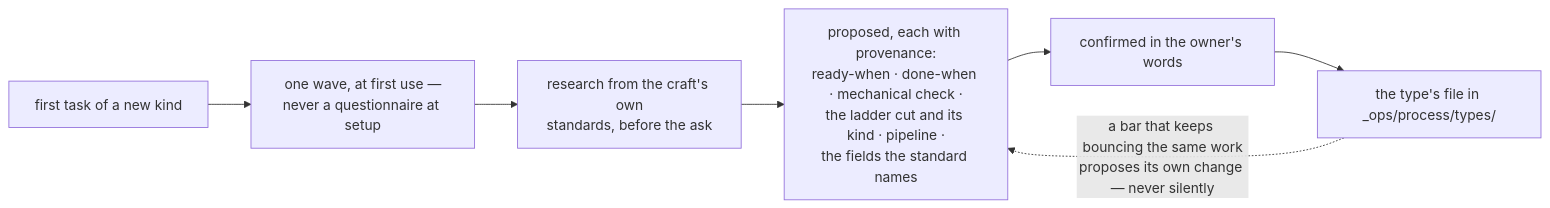
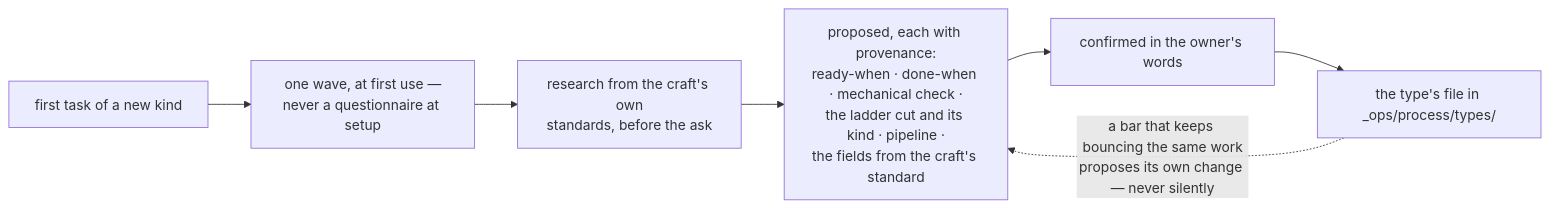
One commit to jamillazarev/opsinist changed the diagram in pipelines.md. Above: the diagram before and after it, drawn with Mermaid. The commit also changed other lines of this file and 6 other files, not shown here.

Commit message:
the lenses' cut: fields cite their one home, the ownership table stops lying by omission, the wave keeps one meaning in the quotable lines

````diff
--- a/pipelines.md
+++ b/pipelines.md
@@ -112,8 +112,8 @@
 ```mermaid
 flowchart LR
   T[first task of a new kind] --> W[one wave, at first use —<br/>never a questionnaire at setup]
   W --> RS[research from the craft's own<br/>standards, before the ask]
-  RS --> P[proposed, each with provenance:<br/>ready-when · done-when · mechanical check ·<br/>the ladder cut and its kind · pipeline ·<br/>the fields the standard names]
+  RS --> P[proposed, each with provenance:<br/>ready-when · done-when · mechanical check ·<br/>the ladder cut and its kind · pipeline ·<br/>the fields from the craft's standard]
   P --> O[confirmed in the owner's words] --> F[the type's file in _ops/process/types/]
   F -. a bar that keeps bouncing the same work<br/>proposes its own change — never silently .-> P
 ```
````
